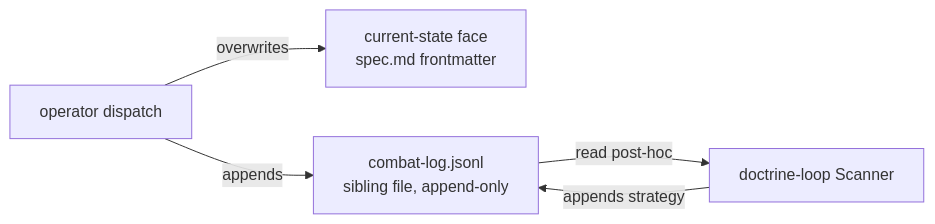
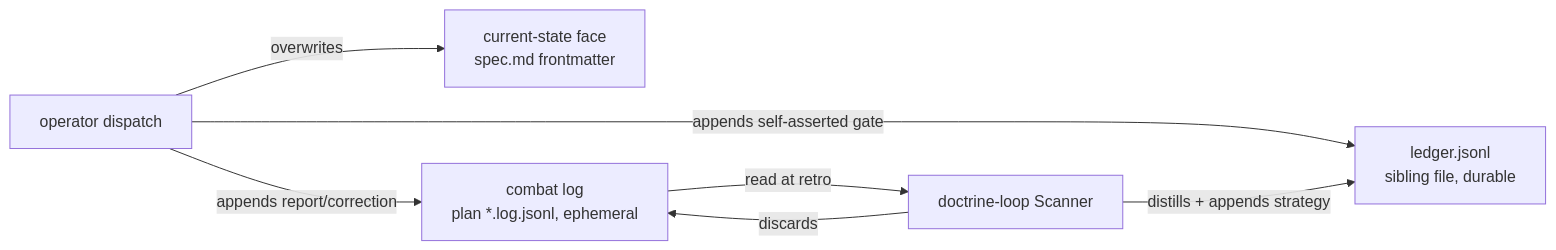
One commit to cyberuni/cyberplace changed the diagram in artifacts/specs/sdd/design/provenance-model.md. Above: the diagram before and after it, drawn with Mermaid. The commit also changed other lines of this file and 2 other files, not shown here.

First line of the commit message:
refactor(sdd): rename durable ledger file and anchor combat-log metaphor

````diff
--- a/artifacts/specs/sdd/design/provenance-model.md
+++ b/artifacts/specs/sdd/design/provenance-model.md
@@ -67,7 +75,9 @@
 ```mermaid
 flowchart LR
   disp[operator dispatch] -->|overwrites| state[current-state face<br/>spec.md frontmatter]
-  disp -->|appends| log[combat-log.jsonl<br/>sibling file, append-only]
-  log -->|read post-hoc| scanner[doctrine-loop Scanner]
-  scanner -->|appends strategy| log
+  disp -->|appends report/correction| clog[combat log<br/>plan *.log.jsonl, ephemeral]
+  disp -->|appends self-asserted gate| ledger[ledger.jsonl<br/>sibling file, durable]
+  clog -->|read at retro| scanner[doctrine-loop Scanner]
+  scanner -->|distills + appends strategy| ledger
+  scanner -->|discards| clog
 ```
````
